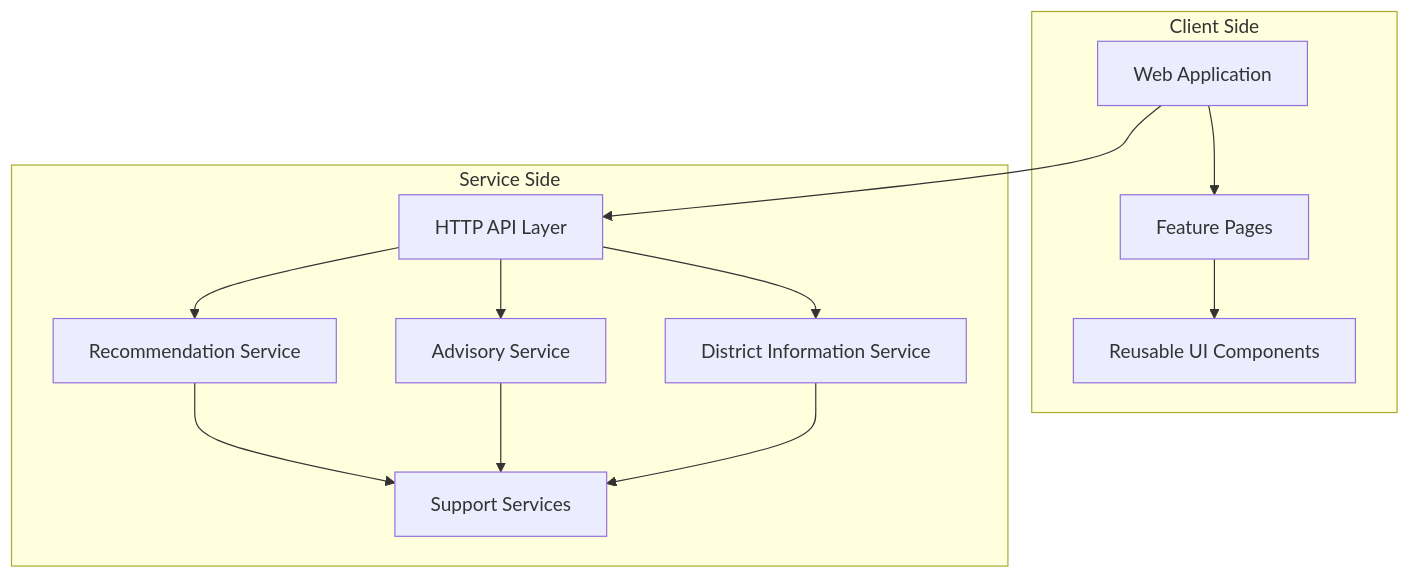
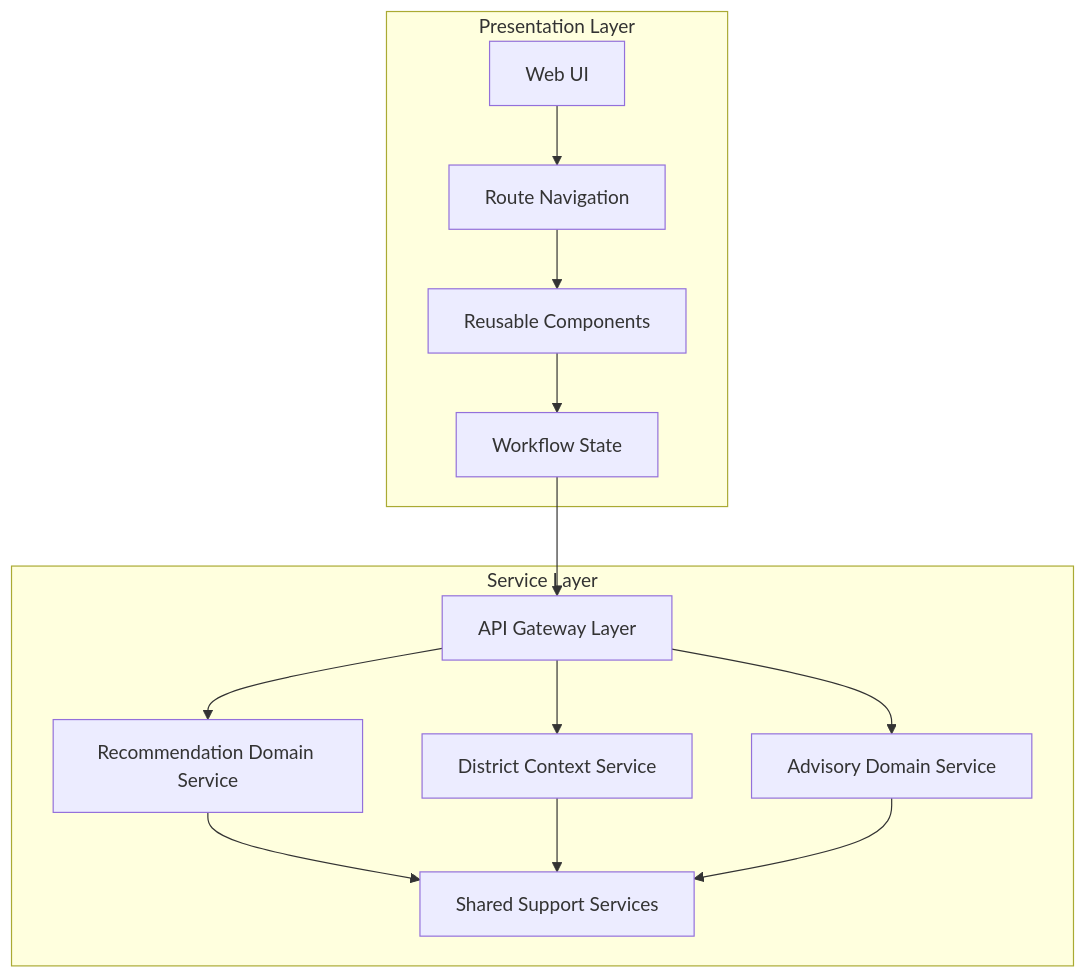
One commit to SAMxENGINEER/ALL_DOCUMENTATIONS- changed the first of 3 diagrams in docs/Projects/FasalMitra/02-system-architecture.md. Above: the diagram before and after it, drawn with Mermaid. The commit also changed other lines of this file and 4 other files, not shown here.

Commit message:
refactor: enhance FasalMitra documentation with detailed user journeys, service contracts, and architectural insights

````diff
--- a/docs/Projects/FasalMitra/02-system-architecture.md
+++ b/docs/Projects/FasalMitra/02-system-architecture.md
@@ -12,25 +12,30 @@
 ```mermaid
 graph TB
-    subgraph Client Side
-      UI[Web Application]
-      Pages[Feature Pages]
-      Components[Reusable UI Components]
+    subgraph Presentation Layer
+      UI[Web UI]
+      Routing[Route Navigation]
+      Components[Reusable Components]
+      State[Workflow State]
     end
 
-    subgraph Service Side
-      API[HTTP API Layer]
-      Predict[Recommendation Service]
-      Advisory[Advisory Service]
-      District[District Information Service]
-      Support[Support Services]
+    subgraph Service Layer
+      API[API Gateway Layer]
+      Predict[Recommendation Domain Service]
+      District[District Context Service]
+      Advisory[Advisory Domain Service]
+      Support[Shared Support Services]
     end
 
-    UI --> Pages --> Components
-    UI --> API
+    UI --> Routing
+    Routing --> Components
+    Components --> State
+    State --> API
+
     API --> Predict
+    API --> District
     API --> Advisory
-    API --> District
+
     Predict --> Support
+    District --> Support
     Advisory --> Support
-    District --> Support
 ```
````
